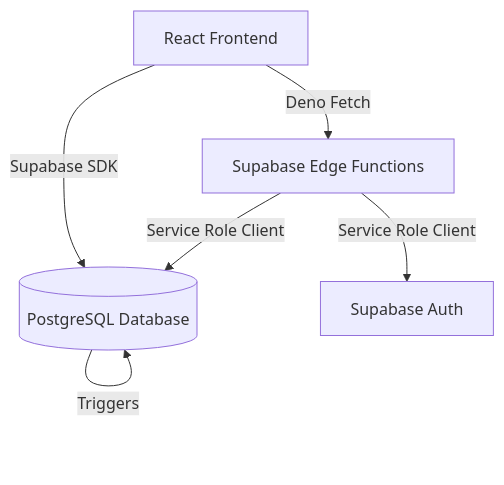
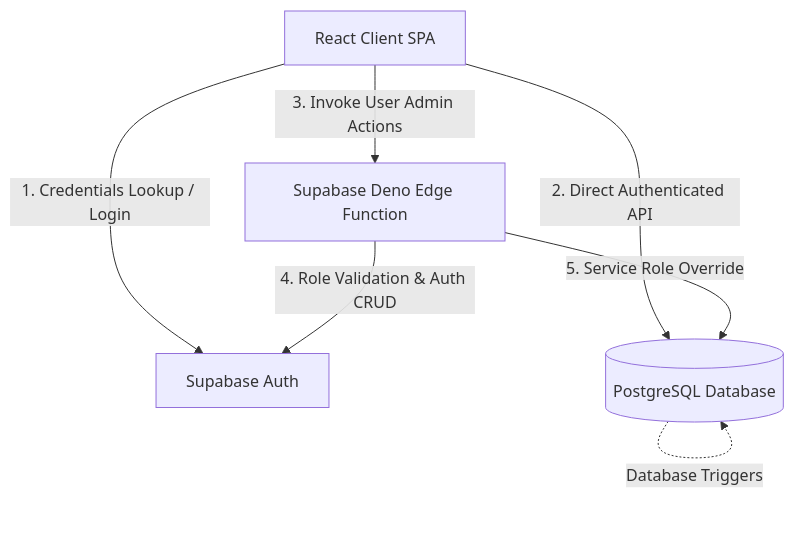
The first of 4 diagrams in README.md (sahilyadav-01/skone-ticketing-platform), drawn with Mermaid before and after one commit. The commit also changed other lines of this file, not shown here.

Commit message:
docs: overhaul README with architecture diagram, enhanced styling, and expanded project overview

````diff
--- a/README.md
+++ b/README.md
@@ -56,8 +20,9 @@
 ```mermaid
 graph TD
-    Client[React Frontend] -->|Supabase SDK| DB[(PostgreSQL Database)]
-    Client -->|Deno Fetch| Edge[Supabase Edge Functions]
-    Edge -->|Service Role Client| Auth[Supabase Auth]
-    Edge -->|Service Role Client| DB
-    DB -->|Triggers| DB
+    Client[React Client SPA] -->|1. Credentials Lookup / Login| Auth[Supabase Auth]
+    Client -->|2. Direct Authenticated API| DB[(PostgreSQL Database)]
+    Client -->|3. Invoke User Admin Actions| Edge[Supabase Deno Edge Function]
+    Edge -->|4. Role Validation & Auth CRUD| Auth
+    Edge -->|5. Service Role Override| DB
+    DB -.->|Database Triggers| DB
 ```
````
